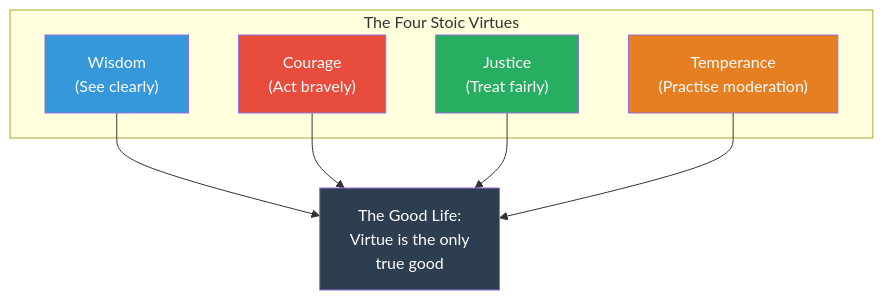
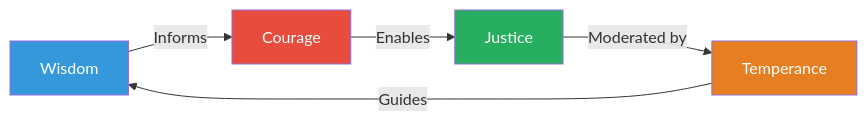
One commit to alius33/reader changed the eighth of 10 diagrams in summaries/Mindset & Self-Mastery/The Daily Stoic - Ryan Holiday.md. Above: the diagram before and after it, drawn with Mermaid. The commit also changed other lines of this file and 272 other files, not shown here.

````diff
--- a/summaries/Mindset & Self-Mastery/The Daily Stoic - Ryan Holiday.md
+++ b/summaries/Mindset & Self-Mastery/The Daily Stoic - Ryan Holiday.md
@@ -614,18 +1768,11 @@
 ```mermaid
-flowchart TD
-    subgraph VIRTUES ["The Four Stoic Virtues"]
-        W["Wisdom\n(See clearly)"]
-        C["Courage\n(Act bravely)"]
-        J["Justice\n(Treat fairly)"]
-        T["Temperance\n(Practise moderation)"]
-    end
-    W --> L["The Good Life:\nVirtue is the only\ntrue good"]
-    C --> L
-    J --> L
-    T --> L
+flowchart LR
+    W["Wisdom"] -->|"Informs"| C["Courage"]
+    C -->|"Enables"| J["Justice"]
+    J -->|"Moderated by"| T["Temperance"]
+    T -->|"Guides"| W
     style W fill:#3498db,color:#fff
     style C fill:#e74c3c,color:#fff
     style J fill:#27ae60,color:#fff
     style T fill:#e67e22,color:#fff
-    style L fill:#2c3e50,color:#fff
 ```
````
